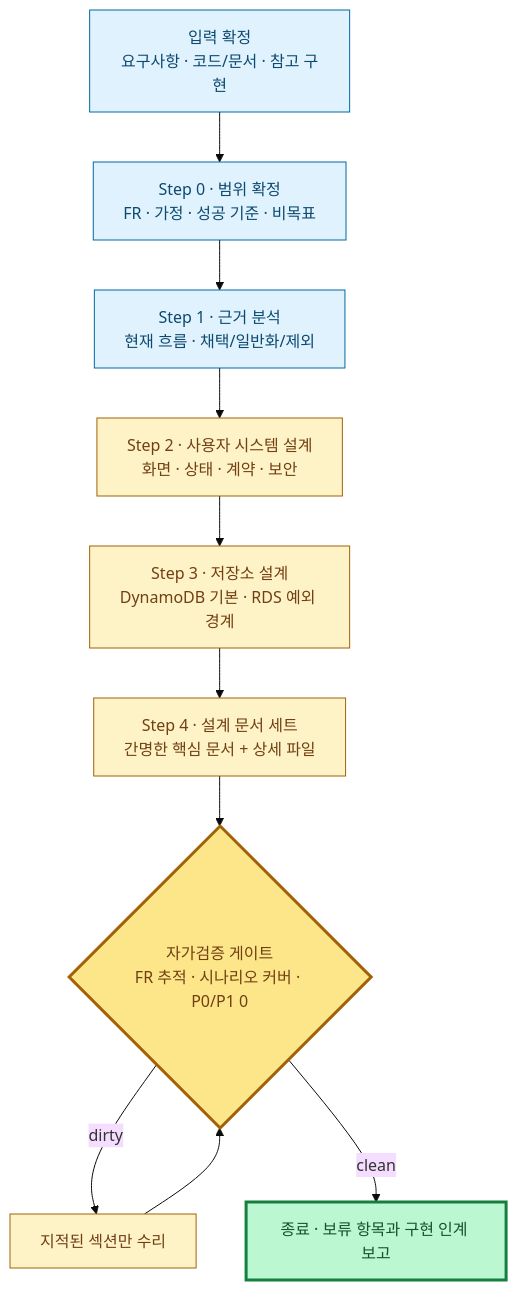
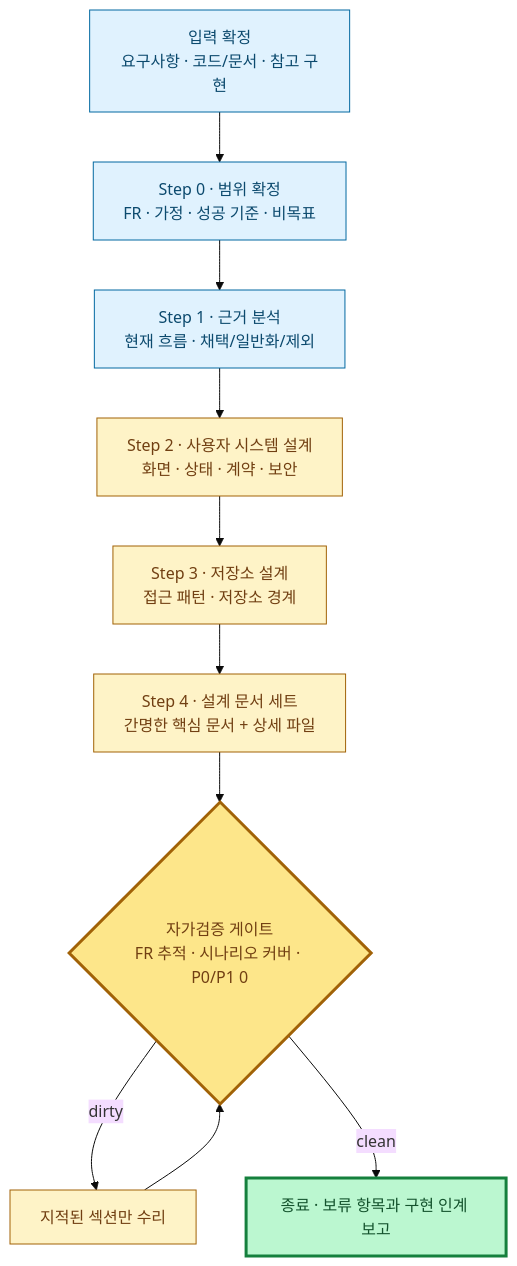
The diagram in prompts/frontend-user-design-prompt.md (ryujt/project-guides), drawn with Mermaid (base theme) before and after one commit. The commit also changed other lines of this file and 1 other file, not shown here.

First line of the commit message:
docs: 프론트엔드 회원 설계 프롬프트를 저장소 중립으로 일반화

````diff
--- a/prompts/frontend-user-design-prompt.md
+++ b/prompts/frontend-user-design-prompt.md
@@ -63,23 +63,23 @@
 ```mermaid
 flowchart TB
   IN["입력 확정<br/>요구사항 · 코드/문서 · 참고 구현"]
   S0["Step 0 · 범위 확정<br/>FR · 가정 · 성공 기준 · 비목표"]
   S1["Step 1 · 근거 분석<br/>현재 흐름 · 채택/일반화/제외"]
   S2["Step 2 · 사용자 시스템 설계<br/>화면 · 상태 · 계약 · 보안"]
-  S3["Step 3 · 저장소 설계<br/>DynamoDB 기본 · RDS 예외 경계"]
+  S3["Step 3 · 저장소 설계<br/>접근 패턴 · 저장소 경계"]
   DOC["Step 4 · 설계 문서 세트<br/>간명한 핵심 문서 + 상세 파일"]
   GATE{"자가검증 게이트<br/>FR 추적 · 시나리오 커버 · P0/P1 0"}
   FIX["지적된 섹션만 수리"]
   DONE["종료 · 보류 항목과 구현 인계 보고"]
   IN --> S0 --> S1 --> S2 --> S3 --> DOC --> GATE
   GATE -->|dirty| FIX --> GATE
   GATE -->|clean| DONE
   classDef prep fill:#e0f2fe,stroke:#0369a1,color:#0c4a6e
   classDef main fill:#fef3c7,stroke:#a16207,color:#713f12
   classDef gate fill:#fde68a,stroke:#a16207,stroke-width:3px,color:#713f12
   classDef done fill:#bbf7d0,stroke:#15803d,stroke-width:3px,color:#14532d
   class IN,S0,S1 prep
   class S2,S3,DOC,FIX main
   class GATE gate
   class DONE done
 ```
````
